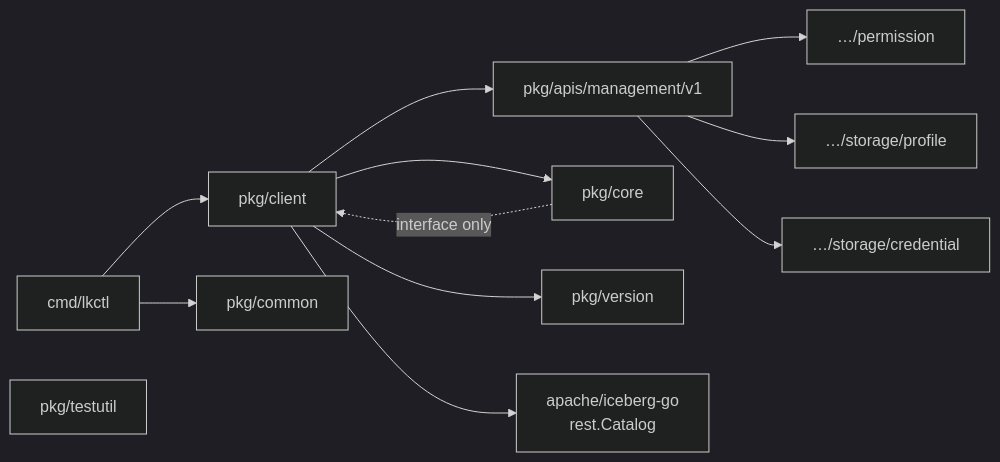
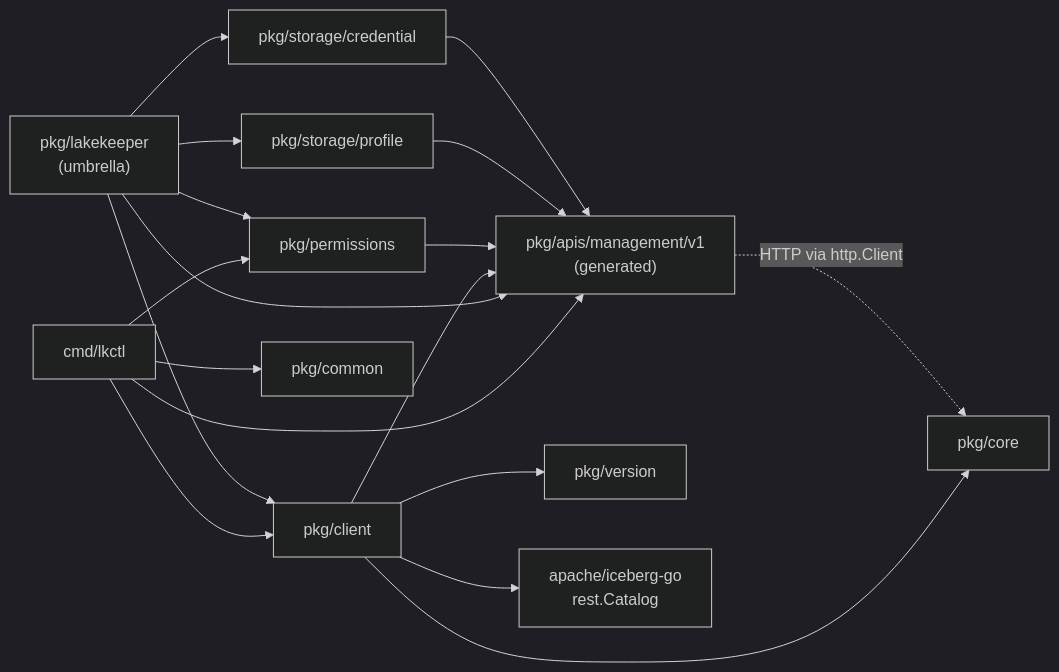
One commit to lakekeeper/go-lakekeeper changed the first of 2 diagrams in docs/PACKAGES.md. Above: the diagram before and after it, drawn with Mermaid (dark theme). The commit also changed other lines of this file and 644 other files, not shown here.

````diff
--- a/docs/PACKAGES.md
+++ b/docs/PACKAGES.md
@@ -7,25 +10,32 @@
 ```mermaid
 graph LR
     CLI["cmd/lkctl"]
+    UMBRELLA["pkg/lakekeeper<br/>(umbrella)"]
     CLIENT["pkg/client"]
-    MGMT["pkg/apis/management/v1"]
-    PERM["…/permission"]
-    PROFILE["…/storage/profile"]
-    CRED["…/storage/credential"]
+    GEN["pkg/apis/management/v1<br/>(generated)"]
+    PERM["pkg/permissions"]
+    PROFILE["pkg/storage/profile"]
+    CRED["pkg/storage/credential"]
     CORE["pkg/core"]
     COMMON["pkg/common"]
     VERSION["pkg/version"]
-    TESTUTIL["pkg/testutil"]
-    ICEBERG["apache/iceberg-go\nrest.Catalog"]
+    ICEBERG["apache/iceberg-go<br/>rest.Catalog"]
 
     CLI --> CLIENT
     CLI --> COMMON
-    CLIENT --> MGMT
+    CLI --> PERM
+    CLI --> GEN
+    UMBRELLA --> CLIENT
+    UMBRELLA --> PERM
+    UMBRELLA --> PROFILE
+    UMBRELLA --> CRED
+    UMBRELLA --> GEN
+    CLIENT --> GEN
     CLIENT --> CORE
     CLIENT --> VERSION
     CLIENT --> ICEBERG
-    MGMT --> PERM
-    MGMT --> PROFILE
-    MGMT --> CRED
-    CORE -.->|"interface only"| CLIENT
+    PERM --> GEN
+    PROFILE --> GEN
+    CRED --> GEN
+    GEN -.->|HTTP via http.Client| CORE
 ```
````
